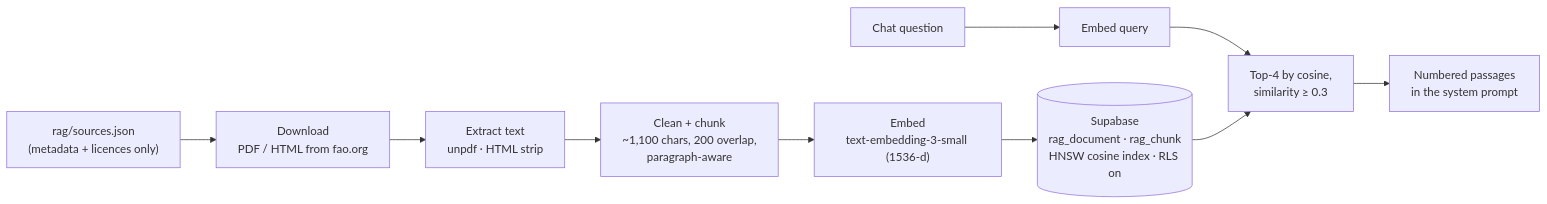
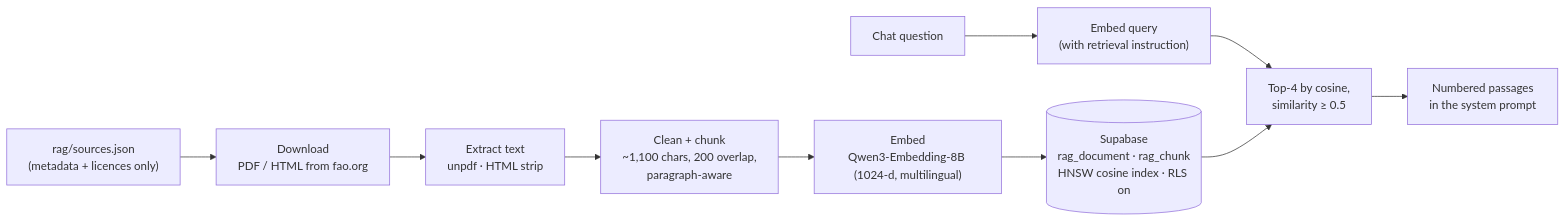
Before and after one commit to tanvir-hannan-anik/ChhadKrishi: the third of 3 diagrams in README.md, drawn with Mermaid. The commit also changed other lines of this file and 9 other files, not shown here.

````diff
--- a/README.md
+++ b/README.md
@@ -187,10 +187,10 @@
 ```mermaid
 flowchart LR
     S["rag/sources.json<br/>(metadata + licences only)"] --> D["Download<br/>PDF / HTML from fao.org"]
     D --> X["Extract text<br/>unpdf · HTML strip"]
     X --> C["Clean + chunk<br/>~1,100 chars, 200 overlap,<br/>paragraph-aware"]
-    C --> E["Embed<br/>text-embedding-3-small (1536-d)"]
+    C --> E["Embed<br/>Qwen3-Embedding-8B (1024-d, multilingual)"]
     E --> T[("Supabase<br/>rag_document · rag_chunk<br/>HNSW cosine index · RLS on")]
-    Q["Chat question"] --> QE["Embed query"] --> K["Top-4 by cosine,<br/>similarity ≥ 0.3"] --> PR["Numbered passages<br/>in the system prompt"]
+    Q["Chat question"] --> QE["Embed query<br/>(with retrieval instruction)"] --> K["Top-4 by cosine,<br/>similarity ≥ 0.5"] --> PR["Numbered passages<br/>in the system prompt"]
     T --> K
 ```
````
